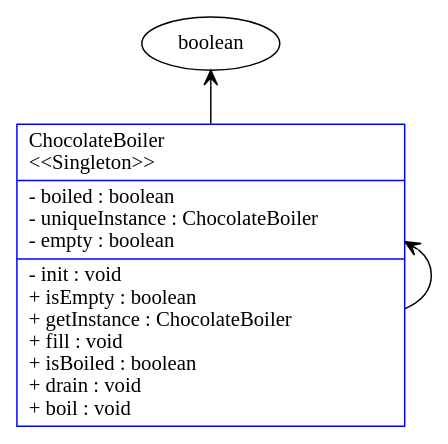
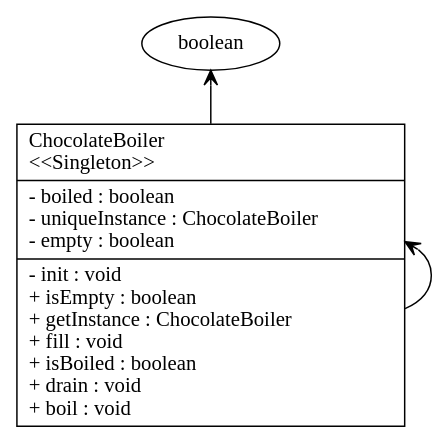
One commit to cbudo/UMLCreator changed the diagram in graph_text/generated_graph.gv. Above: the diagram before and after it, drawn with Graphviz. The commit also changed 223 other files, not shown here.

```diff
--- a/graph_text/generated_graph.gv
+++ b/graph_text/generated_graph.gv
@@ -1,22 +1,22 @@
 digraph UML_Diagram
 {
 rankdir=BT;
 
 ChocolateBoiler [
-shape = "record", color="blue",
+shape = "record", color="black",
 label = "{ChocolateBoiler\l\<\<Singleton\>\>\l|
 - boiled : boolean\l
 - uniqueInstance : ChocolateBoiler\l
 - empty : boolean\l
 |- init : void\l
 + isEmpty : boolean\l
 + getInstance : ChocolateBoiler\l
 + fill : void\l
 + isBoiled : boolean\l
 + drain : void\l
 + boil : void\l
 }"];
 ChocolateBoiler -> boolean [arrowhead="vee", style="solid"];
 ChocolateBoiler -> ChocolateBoiler [arrowhead="vee", style="solid"];
 
 }
```
